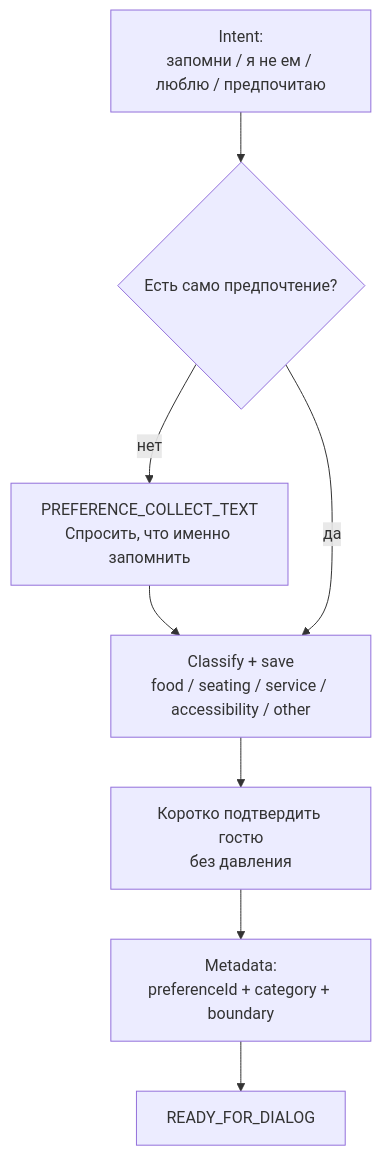
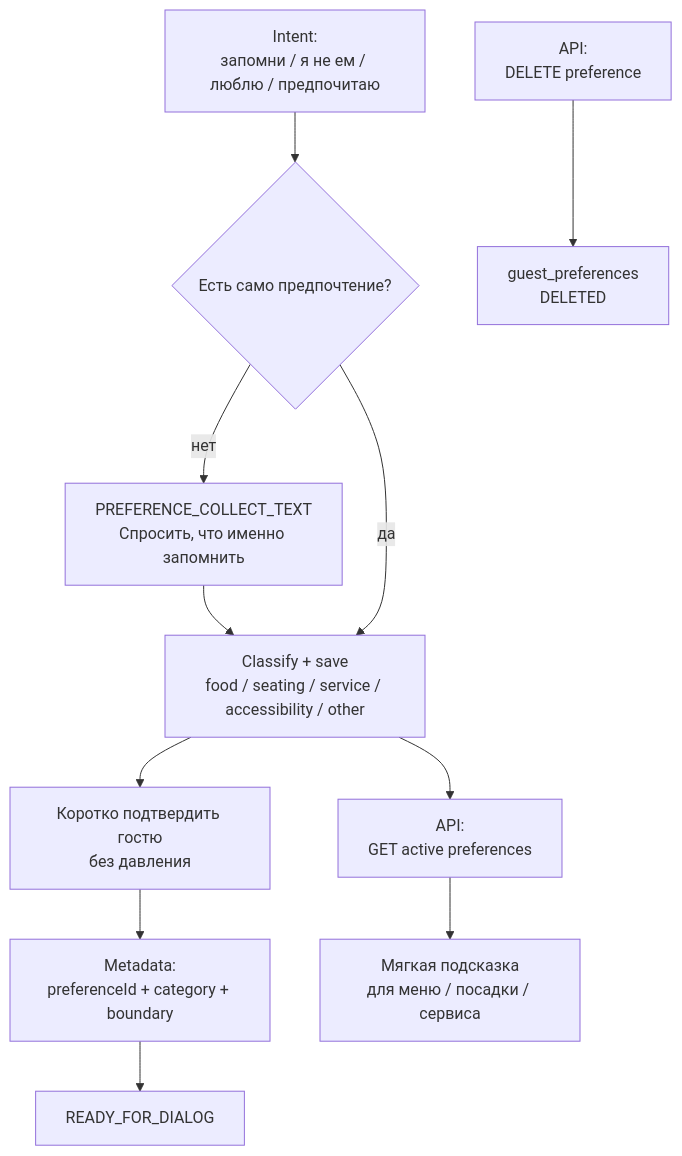
One commit to michaelwelly/Astor_Butler_MVP changed diagram 11 of 21 in docs/FSM_SCENARIOS.md. Above: the diagram before and after it, drawn with Mermaid. The commit also changed other lines of this file and 93 other files, not shown here.

````diff
--- a/docs/FSM_SCENARIOS.md
+++ b/docs/FSM_SCENARIOS.md
@@ -628,10 +698,13 @@
 ```mermaid
 flowchart TD
     Start["Intent:<br/>запомни / я не ем / люблю / предпочитаю"] --> HasText{"Есть само предпочтение?"}
     HasText -- "нет" --> Ask["PREFERENCE_COLLECT_TEXT<br/>Спросить, что именно запомнить"]
     Ask --> Save
     HasText -- "да" --> Save["Classify + save<br/>food / seating / service / accessibility / other"]
     Save --> Ack["Коротко подтвердить гостю<br/>без давления"]
     Ack --> Metadata["Metadata:<br/>preferenceId + category + boundary"]
     Metadata --> Home["READY_FOR_DIALOG"]
+    Save --> ActiveList["API:<br/>GET active preferences"]
+    ActiveList --> Personalization["Мягкая подсказка<br/>для меню / посадки / сервиса"]
+    Delete["API:<br/>DELETE preference"] --> Deleted["guest_preferences<br/>DELETED"]
 ```
````
